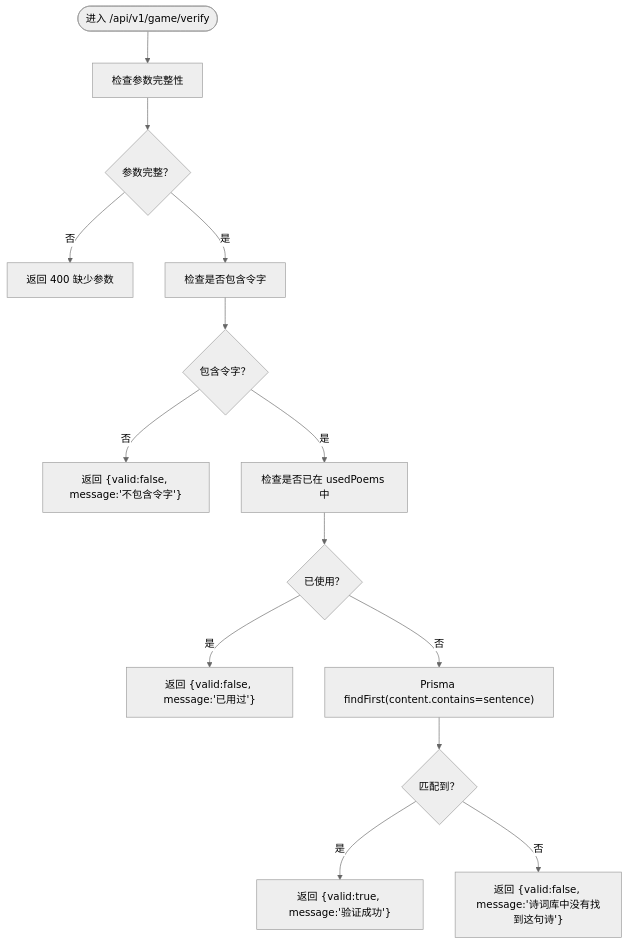
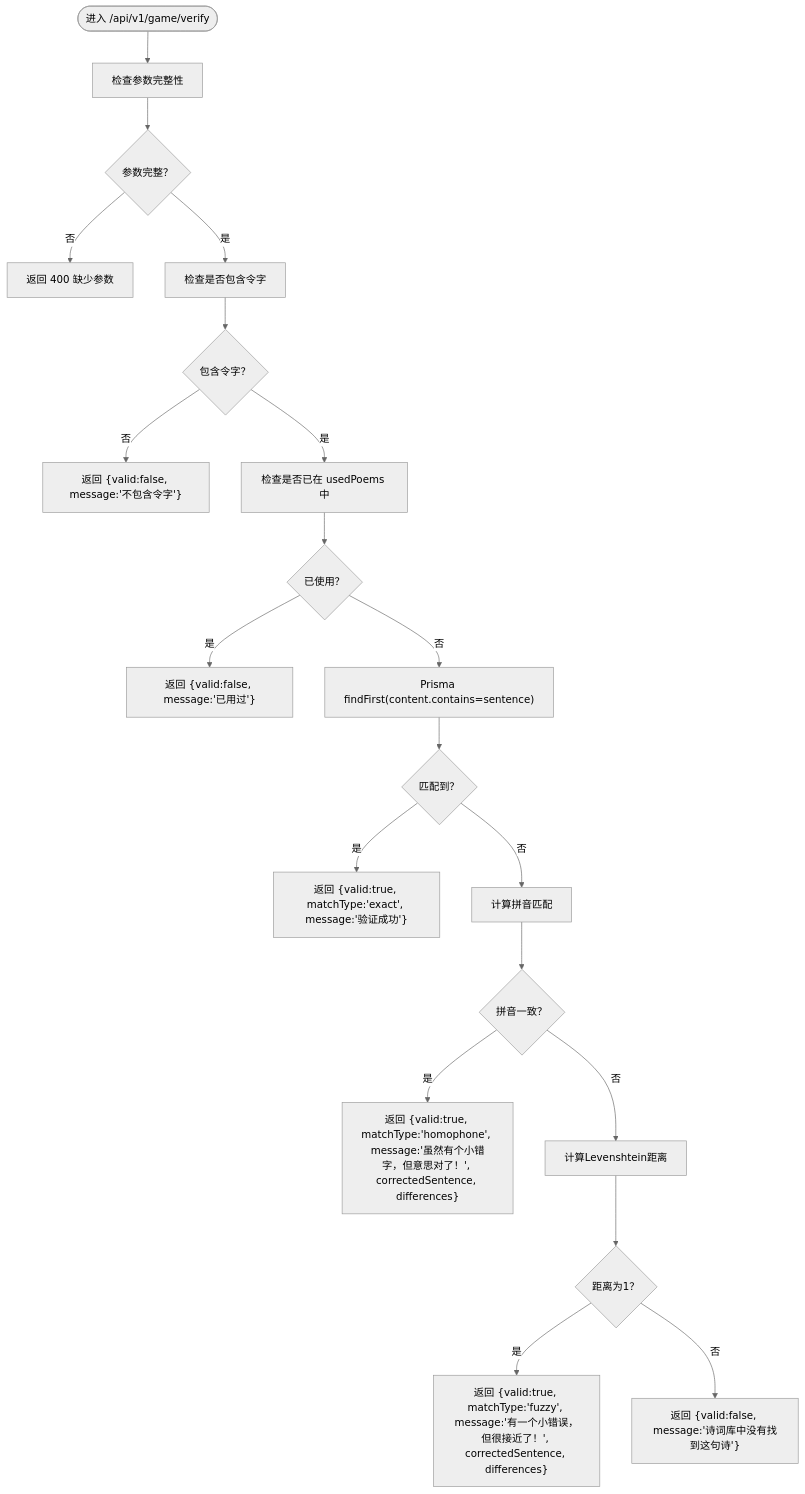
The third of 6 diagrams in .qoder/repowiki/zh/content/核心功能设计/用户诗句验证机制.md (iazrael/feihua-ling), drawn with Mermaid (neutral theme) before and after one commit. The commit also changed other lines of this file and 23 other files, not shown here.

````diff
--- a/.qoder/repowiki/zh/content/核心功能设计/用户诗句验证机制.md
+++ b/.qoder/repowiki/zh/content/核心功能设计/用户诗句验证机制.md
@@ -127,16 +149,22 @@
 ```mermaid
 flowchart TD
 Start(["进入 /api/v1/game/verify"]) --> CheckParams["检查参数完整性"]
 CheckParams --> ParamsOK{"参数完整？"}
 ParamsOK --> |否| Resp400["返回 400 缺少参数"]
 ParamsOK --> |是| CheckChar["检查是否包含令字"]
 CheckChar --> HasChar{"包含令字？"}
 HasChar --> |否| RespNotContain["返回 {valid:false, message:'不包含令字'}"]
 HasChar --> |是| CheckUsed["检查是否已在 usedPoems 中"]
 CheckUsed --> IsUsed{"已使用？"}
 IsUsed --> |是| RespUsed["返回 {valid:false, message:'已用过'}"]
-IsUsed --> |否| DbMatch["Prisma findFirst(content.contains=sentence)"]
-DbMatch --> Found{"匹配到？"}
-Found --> |是| RespOK["返回 {valid:true, message:'验证成功'}"]
-Found --> |否| RespNotFound["返回 {valid:false, message:'诗词库中没有找到这句诗'}"]
+IsUsed --> |否| ExactMatch["Prisma findFirst(content.contains=sentence)"]
+ExactMatch --> FoundExact{"匹配到？"}
+FoundExact --> |是| RespOK["返回 {valid:true, matchType:'exact', message:'验证成功'}"]
+FoundExact --> |否| HomophoneMatch["计算拼音匹配"]
+HomophoneMatch --> IsHomophone{"拼音一致？"}
+IsHomophone --> |是| RespHomophone["返回 {valid:true, matchType:'homophone', message:'虽然有个小错字，但意思对了！', correctedSentence, differences}"]
+IsHomophone --> |否| FuzzyMatch["计算Levenshtein距离"]
+FuzzyMatch --> IsFuzzy{"距离为1？"}
+IsFuzzy --> |是| RespFuzzy["返回 {valid:true, matchType:'fuzzy', message:'有一个小错误，但很接近了！', correctedSentence, differences}"]
+IsFuzzy --> |否| RespNotFound["返回 {valid:false, message:'诗词库中没有找到这句诗'}"]
 ```
````
